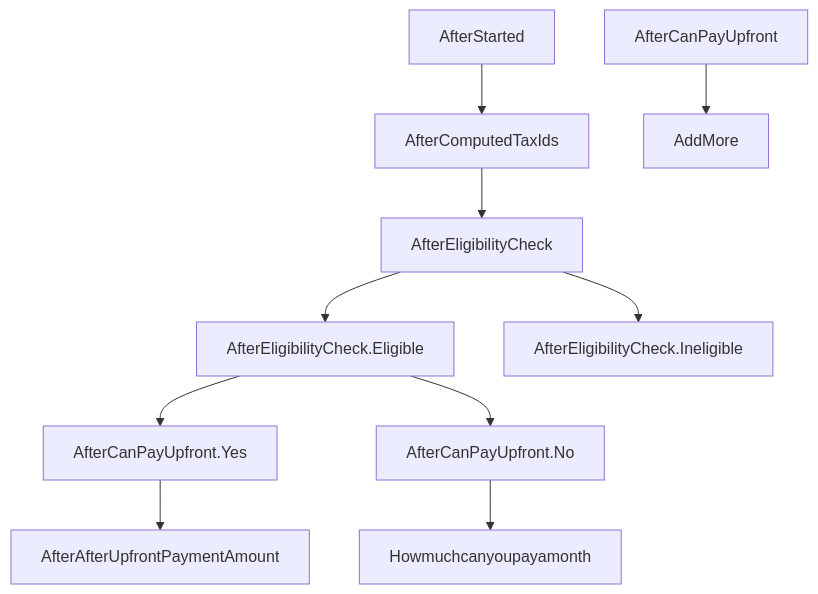
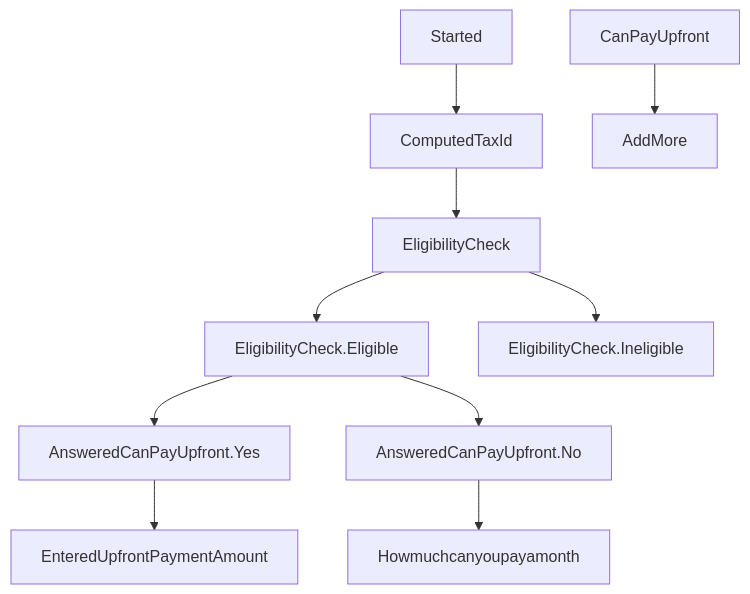
One commit to hmrc/essttp-backend changed the diagram in README.md. Above: the diagram before and after it, drawn with Mermaid. The commit also changed 31 other files, not shown here.

````diff
--- a/README.md
+++ b/README.md
@@ -16,12 +16,12 @@
 ```mermaid
 graph TD;
-    AfterStarted --> AfterComputedTaxIds;
-    AfterComputedTaxIds --> AfterEligibilityCheck;
-    AfterEligibilityCheck --> AfterEligibilityCheck.Eligible;
-    AfterEligibilityCheck --> AfterEligibilityCheck.Ineligible;
-    AfterEligibilityCheck.Eligible --> AfterCanPayUpfront.Yes;
-    AfterEligibilityCheck.Eligible --> AfterCanPayUpfront.No;
-    AfterCanPayUpfront.No --> Howmuchcanyoupayamonth;
-    AfterCanPayUpfront.Yes --> AfterAfterUpfrontPaymentAmount;
-    AfterCanPayUpfront --> AddMore;
+    Started --> ComputedTaxId;
+    ComputedTaxId --> EligibilityCheck;
+    EligibilityCheck --> EligibilityCheck.Eligible;
+    EligibilityCheck --> EligibilityCheck.Ineligible;
+    EligibilityCheck.Eligible --> AnsweredCanPayUpfront.Yes;
+    EligibilityCheck.Eligible --> AnsweredCanPayUpfront.No;
+    AnsweredCanPayUpfront.No --> Howmuchcanyoupayamonth;
+    AnsweredCanPayUpfront.Yes --> EnteredUpfrontPaymentAmount;
+    CanPayUpfront --> AddMore;
 ```
````
